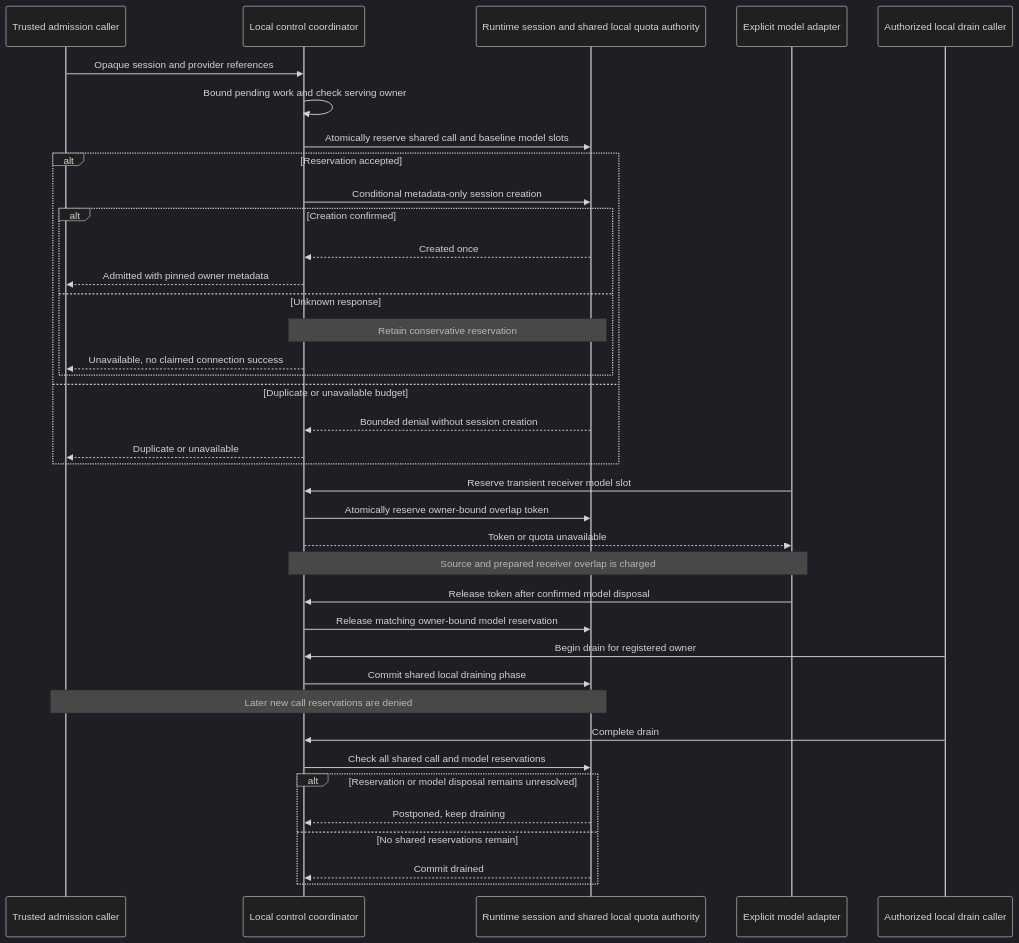
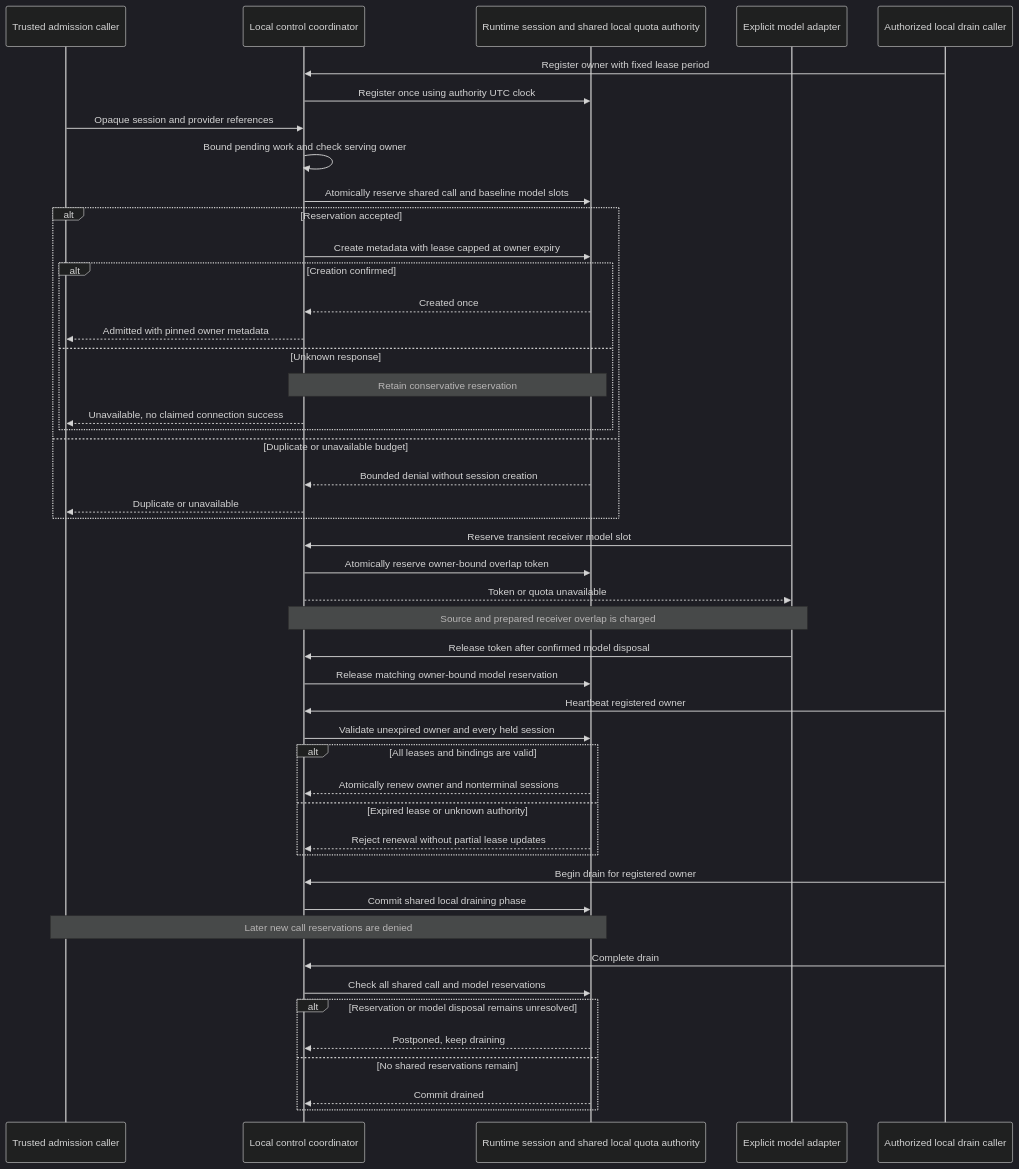
The first of 2 diagrams in code/docs/acceptance/us6.md (marvinbuss/caller-ai), drawn with Mermaid (dark theme) before and after one commit. The commit also changed other lines of this file and 6 other files, not shown here.

First line of the commit message:
Fence shared local owner leases and renew sessions atomically

````diff
--- a/code/docs/acceptance/us6.md
+++ b/code/docs/acceptance/us6.md
@@ -216,40 +250,49 @@
 ```mermaid
 sequenceDiagram
     participant Admission as Trusted admission caller
     participant Capacity as Local control coordinator
     participant Store as Runtime session and shared local quota authority
     participant Model as Explicit model adapter
     participant Operator as Authorized local drain caller
+    Operator->>Capacity: Register owner with fixed lease period
+    Capacity->>Store: Register once using authority UTC clock
     Admission->>Capacity: Opaque session and provider references
     Capacity->>Capacity: Bound pending work and check serving owner
     Capacity->>Store: Atomically reserve shared call and baseline model slots
     alt Reservation accepted
-        Capacity->>Store: Conditional metadata-only session creation
+        Capacity->>Store: Create metadata with lease capped at owner expiry
         alt Creation confirmed
             Store-->>Capacity: Created once
             Capacity-->>Admission: Admitted with pinned owner metadata
         else Unknown response
             Note over Capacity,Store: Retain conservative reservation
             Capacity-->>Admission: Unavailable, no claimed connection success
         end
     else Duplicate or unavailable budget
         Store-->>Capacity: Bounded denial without session creation
         Capacity-->>Admission: Duplicate or unavailable
     end
     Model->>Capacity: Reserve transient receiver model slot
     Capacity->>Store: Atomically reserve owner-bound overlap token
     Capacity-->>Model: Token or quota unavailable
     Note over Capacity,Model: Source and prepared receiver overlap is charged
     Model->>Capacity: Release token after confirmed model disposal
     Capacity->>Store: Release matching owner-bound model reservation
+    Operator->>Capacity: Heartbeat registered owner
+    Capacity->>Store: Validate unexpired owner and every held session
+    alt All leases and bindings are valid
+        Store-->>Capacity: Atomically renew owner and nonterminal sessions
+    else Expired lease or unknown authority
+        Store-->>Capacity: Reject renewal without partial lease updates
+    end
     Operator->>Capacity: Begin drain for registered owner
     Capacity->>Store: Commit shared local draining phase
     Note over Admission,Store: Later new call reservations are denied
     Operator->>Capacity: Complete drain
     Capacity->>Store: Check all shared call and model reservations
     alt Reservation or model disposal remains unresolved
         Store-->>Capacity: Postponed, keep draining
     else No shared reservations remain
         Store-->>Capacity: Commit drained
     end
 ```
````
